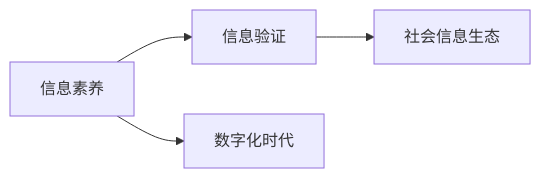
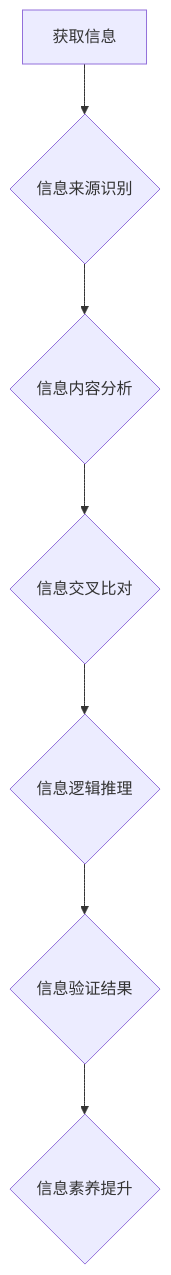
Before and after one commit to AIGeniusInstitute/pycnblog: the diagram in ai/356/信息验证和信息素养教育重要性：为数字时代培养信息素养能力.md, drawn with Mermaid. The commit also changed other lines of this file and 45677 other files, not shown here.

````diff
--- a/ai/356/信息验证和信息素养教育重要性：为数字时代培养信息素养能力.md
+++ b/ai/356/信息验证和信息素养教育重要性：为数字时代培养信息素养能力.md
@@ -29,6 +39,9 @@
 ```mermaid
-graph LR
-    A[信息素养] --> B[信息验证]
-    A --> C[数字化时代]
-    B --> D[社会信息生态]
+graph TD
+    A[获取信息] --> B{信息来源识别}
+    B --> C{信息内容分析}
+    C --> D{信息交叉比对}
+    D --> E{信息逻辑推理}
+    E --> F{信息验证结果}
+    F --> G{信息素养提升}
 ```
````
